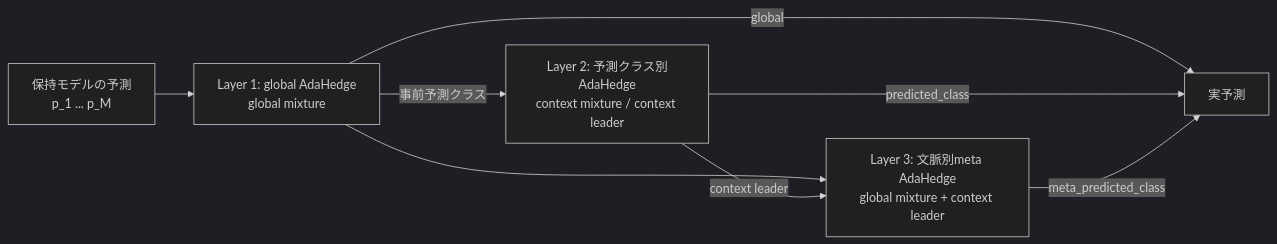
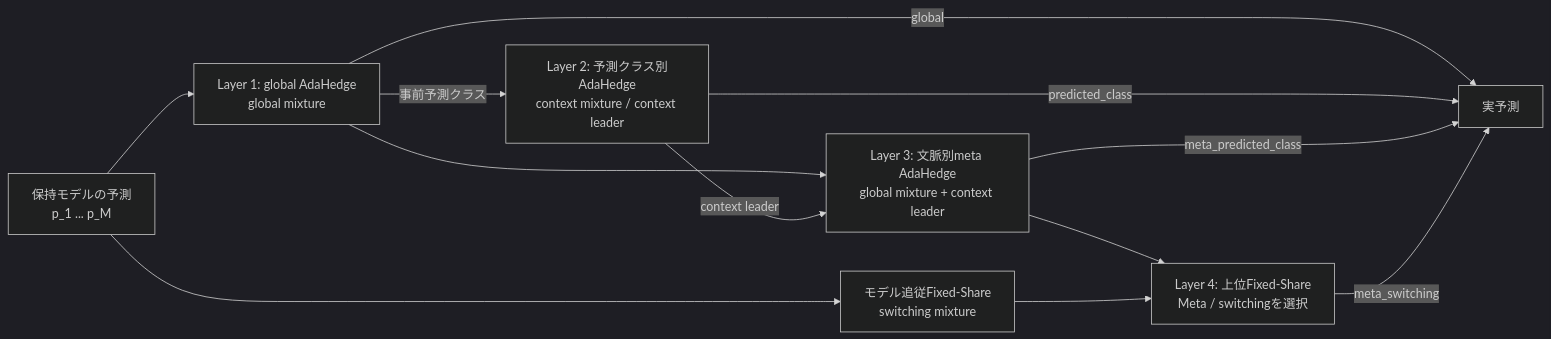
One commit to shimmen3141/FedSDA-experiment changed the diagram in docs/soft-routing.md. Above: the diagram before and after it, drawn with Mermaid (dark theme). The commit also changed other lines of this file and 14 other files, not shown here.

Commit message:
Add meta switching expert routing

````diff
--- a/docs/soft-routing.md
+++ b/docs/soft-routing.md
@@ -9,16 +9,22 @@
 ```mermaid
 flowchart LR
     models["保持モデルの予測<br/>p_1 ... p_M"]
     global["Layer 1: global AdaHedge<br/>global mixture"]
     context["Layer 2: 予測クラス別AdaHedge<br/>context mixture / context leader"]
     meta["Layer 3: 文脈別meta AdaHedge<br/>global mixture + context leader"]
+    switching["モデル追従Fixed-Share<br/>switching mixture"]
+    top["Layer 4: 上位Fixed-Share<br/>Meta / switchingを選択"]
     output["実予測"]
 
     models --> global
     global -->|事前予測クラス| context
     global --> meta
     context -->|context leader| meta
+    models --> switching
+    meta --> top
+    switching --> top
     global -->|global| output
     context -->|predicted_class| output
     meta -->|meta_predicted_class| output
+    top -->|meta_switching| output
 ```
````
